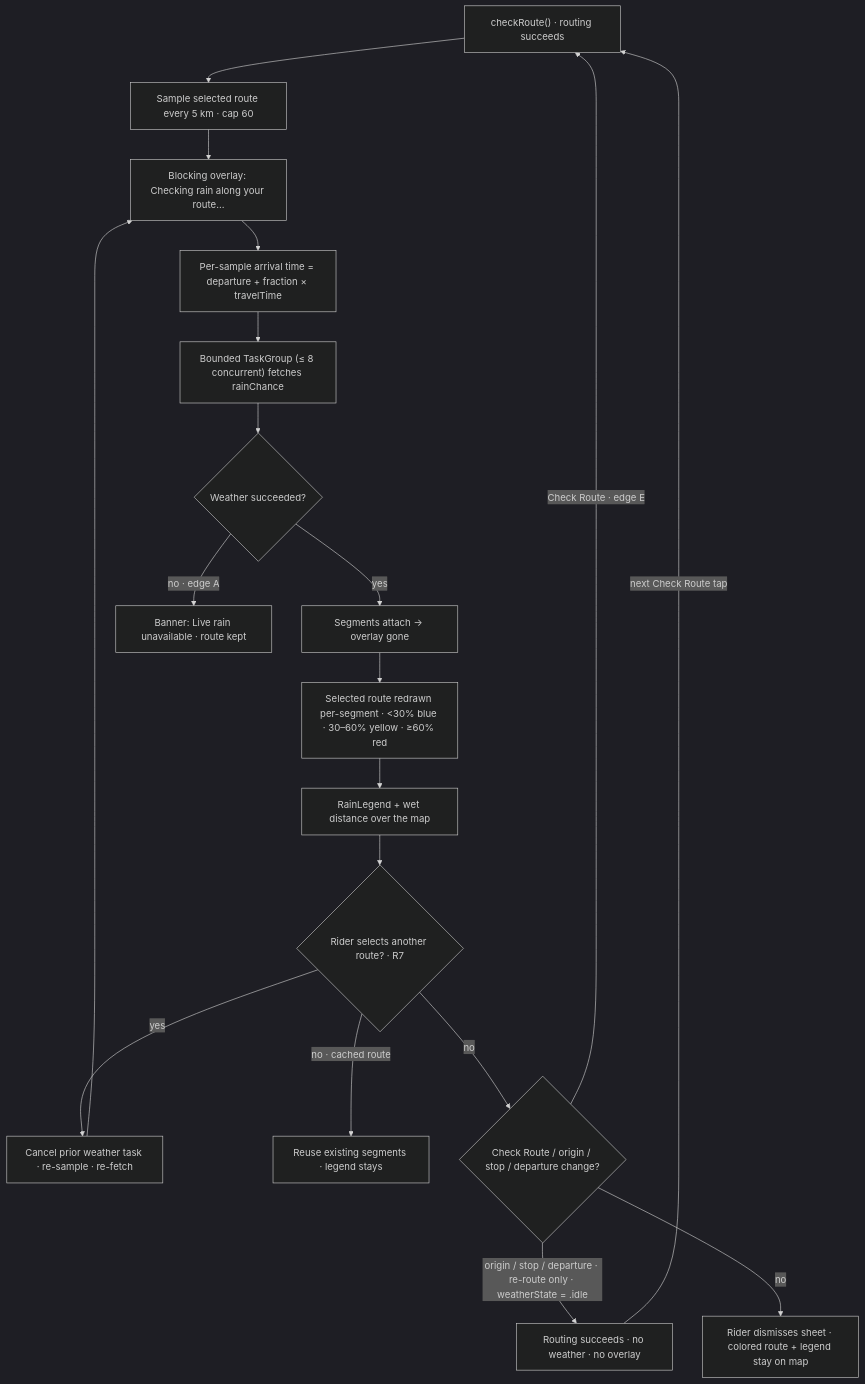
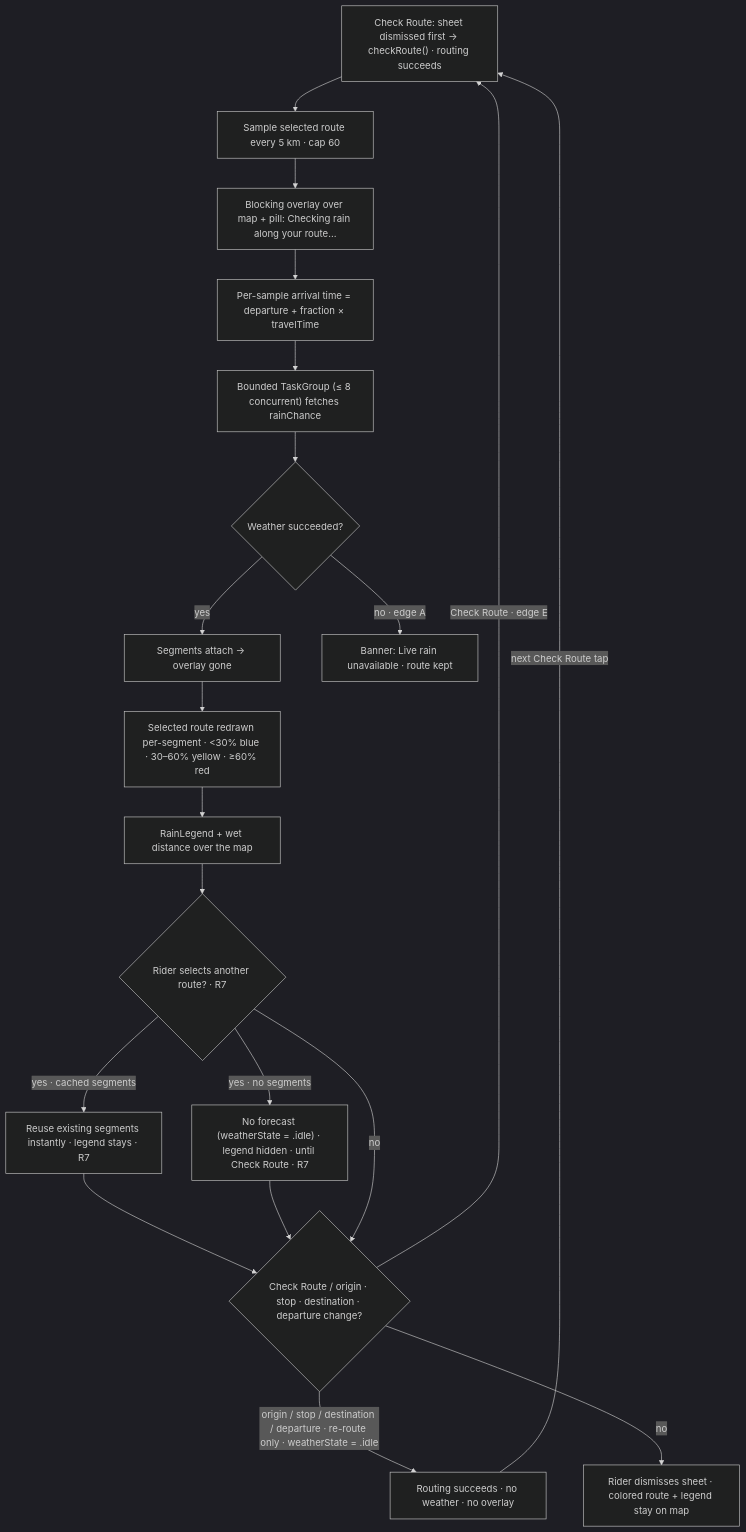
Before and after one commit to jon012906/RainDodger: the diagram in docs/flows/weather-forecast.md, drawn with Mermaid (dark theme). The commit also changed other lines of this file and 11 other files, not shown here.

````diff
--- a/docs/flows/weather-forecast.md
+++ b/docs/flows/weather-forecast.md
@@ -69,21 +69,22 @@
 ```mermaid
 flowchart TD
-  A["checkRoute() · routing succeeds"] --> B["Sample selected route every 5 km · cap 60"]
-  B --> C["Blocking overlay: Checking rain along your route…"]
+  A["Check Route: sheet dismissed first → checkRoute() · routing succeeds"] --> B["Sample selected route every 5 km · cap 60"]
+  B --> C["Blocking overlay over map + pill: Checking rain along your route…"]
   C --> D["Per-sample arrival time = departure + fraction × travelTime"]
   D --> E["Bounded TaskGroup (≤ 8 concurrent) fetches rainChance"]
   E --> F{"Weather succeeded?"}
   F -->|"yes"| G["Segments attach → overlay gone"]
   G --> H["Selected route redrawn per-segment · <30% blue · 30–60% yellow · ≥60% red"]
   H --> I["RainLegend + wet distance over the map"]
   F -->|"no · edge A"| J["Banner: Live rain unavailable · route kept"]
   I --> K{"Rider selects another route? · R7"}
-  K -->|"yes"| L["Cancel prior weather task · re-sample · re-fetch"]
-  L --> C
-  K -->|"no · cached route"| M["Reuse existing segments · legend stays"]
-  K -->|"no"| N{"Check Route / origin / stop / departure change?"}
+  K -->|"yes · cached segments"| M["Reuse existing segments instantly · legend stays · R7"]
+  K -->|"yes · no segments"| M2["No forecast (weatherState = .idle) · legend hidden · until Check Route · R7"]
+  M --> N
+  M2 --> N
+  K -->|"no"| N{"Check Route / origin · stop · destination · departure change?"}
   N -->|"Check Route · edge E"| A
-  N -->|"origin / stop / departure · re-route only · weatherState = .idle"| P["Routing succeeds · no weather · no overlay"]
+  N -->|"origin / stop / destination / departure · re-route only · weatherState = .idle"| P["Routing succeeds · no weather · no overlay"]
   P -->|"next Check Route tap"| A
   N -->|"no"| O["Rider dismisses sheet · colored route + legend stay on map"]
 ```
````
